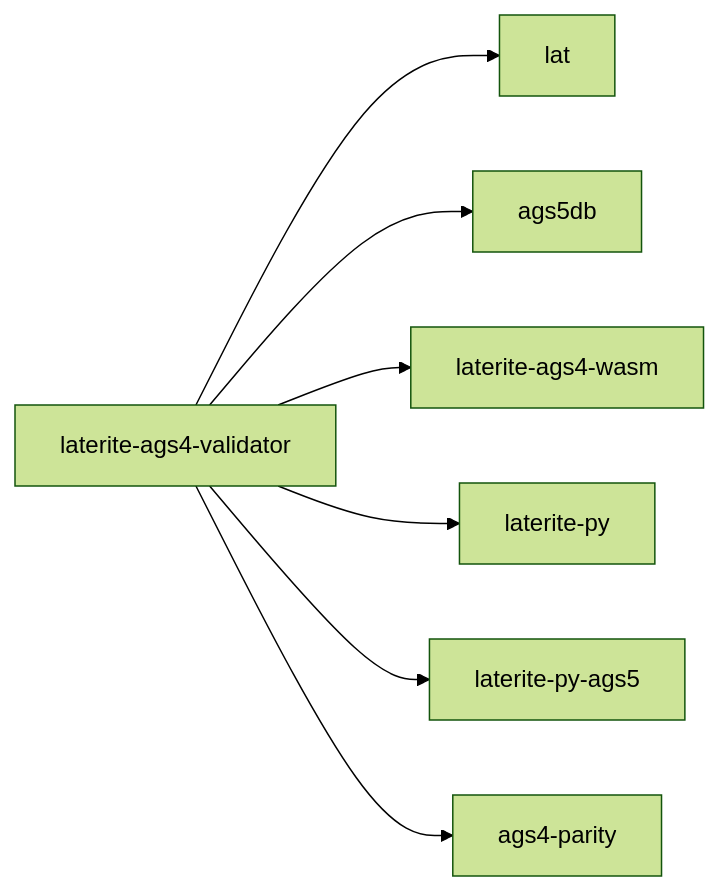
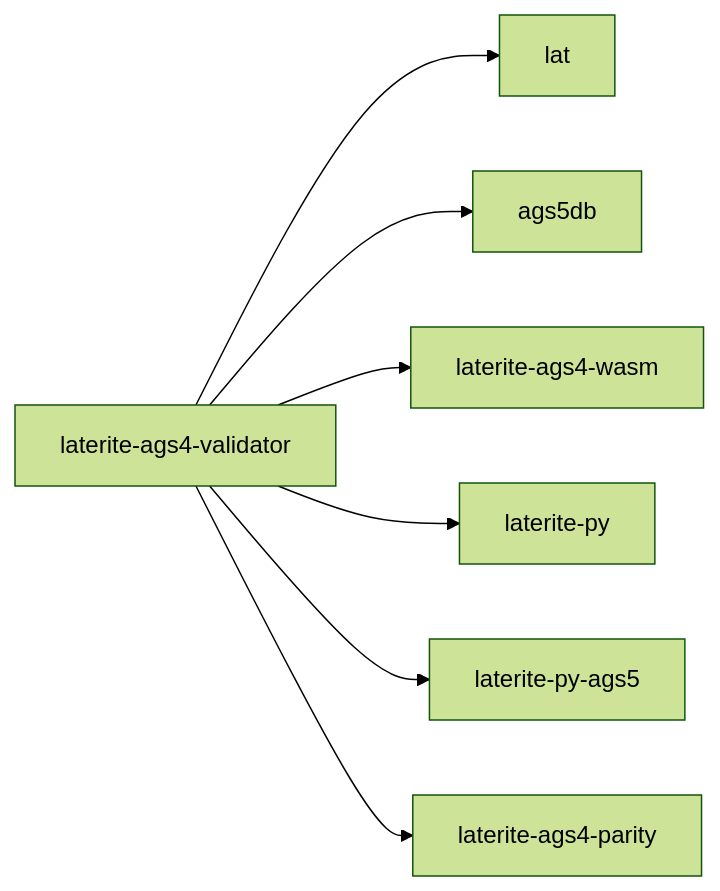
The diagram in ags-wiki/tools/laterite-ags4-validator.md (niko86/laterite), drawn with Mermaid (forest theme) before and after one commit. The commit also changed 43 other files, not shown here.

First line of the commit message:
docs(wiki): sync tool-crate pages to the laterite-ags4-* rename

````diff
--- a/ags-wiki/tools/laterite-ags4-validator.md
+++ b/ags-wiki/tools/laterite-ags4-validator.md
@@ -157,9 +157,9 @@
 ```mermaid
 flowchart LR
   validator[laterite-ags4-validator] --> check[lat]
   validator --> cli[ags5db]
   validator --> wasm[laterite-ags4-wasm]
   validator --> latpy[laterite-py]
   validator --> latpy5[laterite-py-ags5]
-  validator --> parity[ags4-parity]
+  validator --> parity[laterite-ags4-parity]
 ```
````
